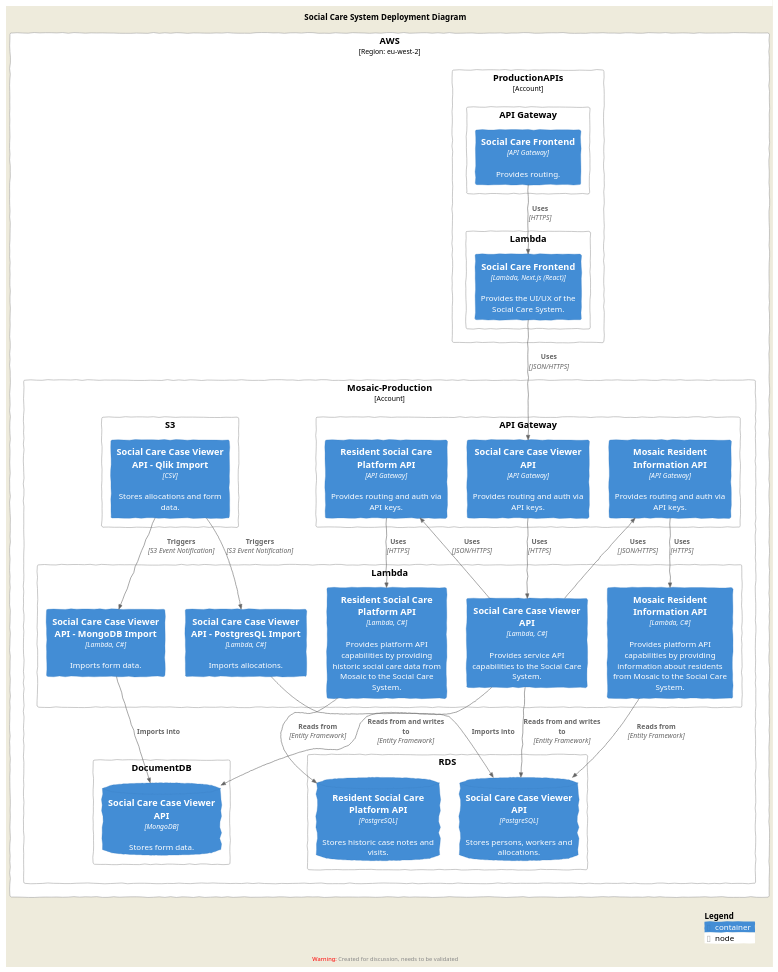
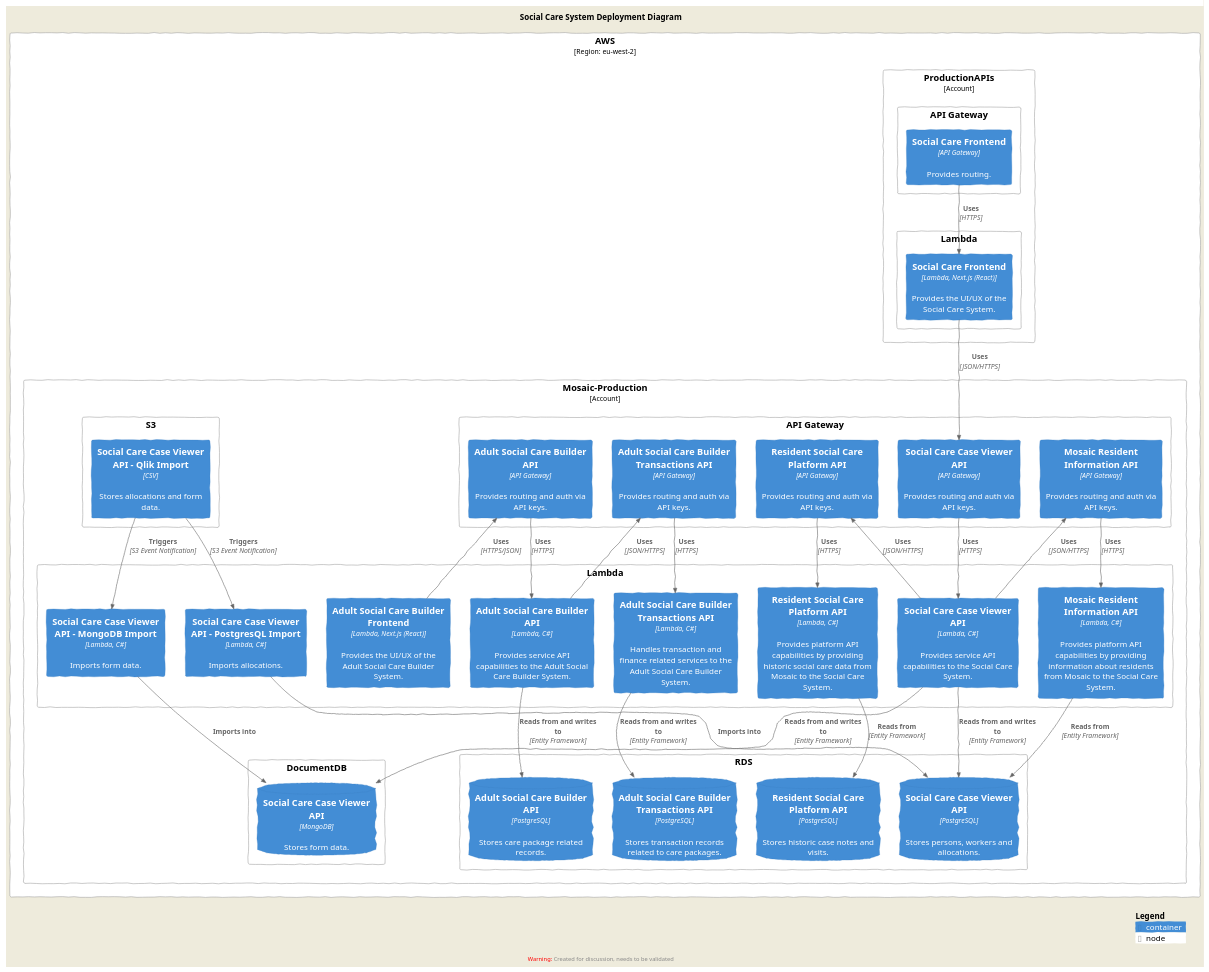
Before and after one commit to LBHackney-IT/social-care-architecture: the diagram in images/deployment.iuml, drawn with PlantUML. The commit also changed 3 other files, not shown here.

Commit message:
Adding deployment diagram

```diff
--- a/images/deployment.iuml
+++ b/images/deployment.iuml
@@ -1,77 +1,96 @@
 @startuml
 !include https://raw.githubusercontent.com/plantuml-stdlib/C4-PlantUML/master/C4_Deployment.puml
 
 ' https://github.com/plantuml-stdlib/C4-PlantUML#supported-diagram-types
 ' Example diagram source: https://github.com/plantuml-stdlib/C4-PlantUML/blob/master/samples/C4_Deployment%20Diagram%20Sample%20-%20bigbankplc.puml
 
 ' Following include does not work - ask Ant?
 ' !include https://raw.githubusercontent.com/LBHackney-IT/cv-19-res-support-v3/development/docs/diagrams/c4_shared.puml
 
 LAYOUT_AS_SKETCH()
 
 title Social Care System Deployment Diagram
 
 Deployment_Node(aws, "AWS", "Region: eu-west-2") {
   Deployment_Node(aws_production_apis, "ProductionAPIs", "Account") {
     Deployment_Node(aws_production_apis_api_gateway, "API Gateway") {
       Container(frontend_api_gateway, "Social Care Frontend", "API Gateway", "Provides routing.")
     }
 
     Deployment_Node(aws_production_apis_lambda, "Lambda") {
       Container(frontend_api_lambda, "Social Care Frontend", "Lambda, Next.js (React)", "Provides the UI/UX of the Social Care System.")
     }
   }
 
   Deployment_Node(aws_mosaic_production, "Mosaic-Production", "Account") {
     Deployment_Node(aws_mosaic_production_api_gateway, "API Gateway") {
       Container(service_api_api_gateway, "Social Care Case Viewer API", "API Gateway", "Provides routing and auth via API keys.")
       Container(mosaic_platform_api_api_gateway, "Mosaic Resident Information API", "API Gateway", "Provides routing and auth via API keys.")
       Container(platform_api_api_gateway, "Resident Social Care Platform API", "API Gateway", "Provides routing and auth via API keys.")
+      Container(adult_social_care_builder_api_api_gateway, "Adult Social Care Builder API", "API Gateway", "Provides routing and auth via API keys.")
+      Container(adult_social_care_builder_transactions_api_api_gateway, "Adult Social Care Builder Transactions API", "API Gateway", "Provides routing and auth via API keys.")
     }
 
     Deployment_Node(aws_mosaic_production_lambda, "Lambda") {
       Container(service_api_lambda, "Social Care Case Viewer API", "Lambda, C#", "Provides service API capabilities to the Social Care System.")
       Container(service_api_pg_import_lambda, "Social Care Case Viewer API - PostgresQL Import", "Lambda, C#", "Imports allocations.")
       Container(service_api_mongodb_import_lambda, "Social Care Case Viewer API - MongoDB Import", "Lambda, C#", "Imports form data.")
       Container(mosaic_platform_api_lambda, "Mosaic Resident Information API", "Lambda, C#", "Provides platform API capabilities by providing information about residents from Mosaic to the Social Care System.")
       Container(platform_api_lambda, "Resident Social Care Platform API", "Lambda, C#", "Provides platform API capabilities by providing historic social care data from Mosaic to the Social Care System.")
+      Container(adult_social_care_builder_frontend_lambda, "Adult Social Care Builder Frontend", "Lambda, Next.js (React)", "Provides the UI/UX of the Adult Social Care Builder System.")
+      Container(adult_social_care_builder_api_lambda, "Adult Social Care Builder API", "Lambda, C#", "Provides service API capabilities to the Adult Social Care Builder System.")
+      Container(adult_social_care_builder_transactions_api_lambda, "Adult Social Care Builder Transactions API", "Lambda, C#", "Handles transaction and finance related services to the Adult Social Care Builder System.")
     }
 
     Deployment_Node(aws_mosaic_production_docdb, "DocumentDB") {
       ContainerDb(service_api_docdb, "Social Care Case Viewer API", "MongoDB", "Stores form data.")
     }
 
     Deployment_Node(aws_mosaic_production_rds, "RDS") {
       ContainerDb(service_api_rds, "Social Care Case Viewer API", "PostgreSQL", "Stores persons, workers and allocations.")
       ContainerDb(platform_api_rds, "Resident Social Care Platform API", "PostgreSQL", "Stores historic case notes and visits.")
+      ContainerDb(adult_social_care_builder_api_rds, "Adult Social Care Builder API", "PostgreSQL", "Stores care package related records.")
+      ContainerDb(adult_social_care_builder_transactions_api_rds, "Adult Social Care Builder Transactions API", "PostgreSQL", "Stores transaction records related to care packages.")
     }
 
     Deployment_Node(aws_mosaic_production_s3, "S3") {
       Container(service_api_s3, "Social Care Case Viewer API - Qlik Import", "CSV", "Stores allocations and form data.")
     }
   }
 }
 
 Rel(frontend_api_gateway, frontend_api_lambda, "Uses", "HTTPS")
 Rel(frontend_api_lambda, service_api_api_gateway, "Uses", "JSON/HTTPS")
 
 Rel(service_api_api_gateway, service_api_lambda, "Uses", "HTTPS")
 Rel(service_api_lambda, service_api_rds, "Reads from and writes to", "Entity Framework")
 Rel(service_api_lambda, service_api_docdb, "Reads from and writes to", "Entity Framework")
+
+' Adult Social Care Builder
+Rel(adult_social_care_builder_frontend_lambda, adult_social_care_builder_api_api_gateway, "Uses", "HTTPS/JSON")
+Rel(adult_social_care_builder_api_api_gateway, adult_social_care_builder_api_lambda, "Uses", "HTTPS")
+Rel(adult_social_care_builder_api_lambda, adult_social_care_builder_api_rds, "Reads from and writes to", "Entity Framework")
+
+' Adult Social Care Transactions
+Rel(adult_social_care_builder_transactions_api_api_gateway, adult_social_care_builder_transactions_api_lambda, "Uses", "HTTPS")
+Rel(adult_social_care_builder_transactions_api_lambda, adult_social_care_builder_transactions_api_rds, "Reads from and writes to", "Entity Framework")
+
+' Adult Social Care Builder -> Adult Social Care Transactions
+Rel(adult_social_care_builder_api_lambda, adult_social_care_builder_transactions_api_api_gateway, "Uses", "JSON/HTTPS")
 
 Rel(service_api_s3, service_api_mongodb_import_lambda, "Triggers", "S3 Event Notification")
 Rel(service_api_mongodb_import_lambda, service_api_docdb, "Imports into")
 
 Rel(service_api_s3, service_api_pg_import_lambda, "Triggers", "S3 Event Notification")
 Rel(service_api_pg_import_lambda, service_api_rds, "Imports into")
 
 Rel(service_api_lambda, mosaic_platform_api_api_gateway, "Uses", "JSON/HTTPS")
 Rel(mosaic_platform_api_api_gateway, mosaic_platform_api_lambda, "Uses", "HTTPS")
 Rel(mosaic_platform_api_lambda, service_api_rds, "Reads from", "Entity Framework")
 
 Rel(service_api_lambda, platform_api_api_gateway, "Uses", "JSON/HTTPS")
 Rel(platform_api_api_gateway, platform_api_lambda, "Uses", "HTTPS")
 Rel(platform_api_lambda, platform_api_rds, "Reads from", "Entity Framework")
 
 SHOW_DYNAMIC_LEGEND()
 @enduml
```
